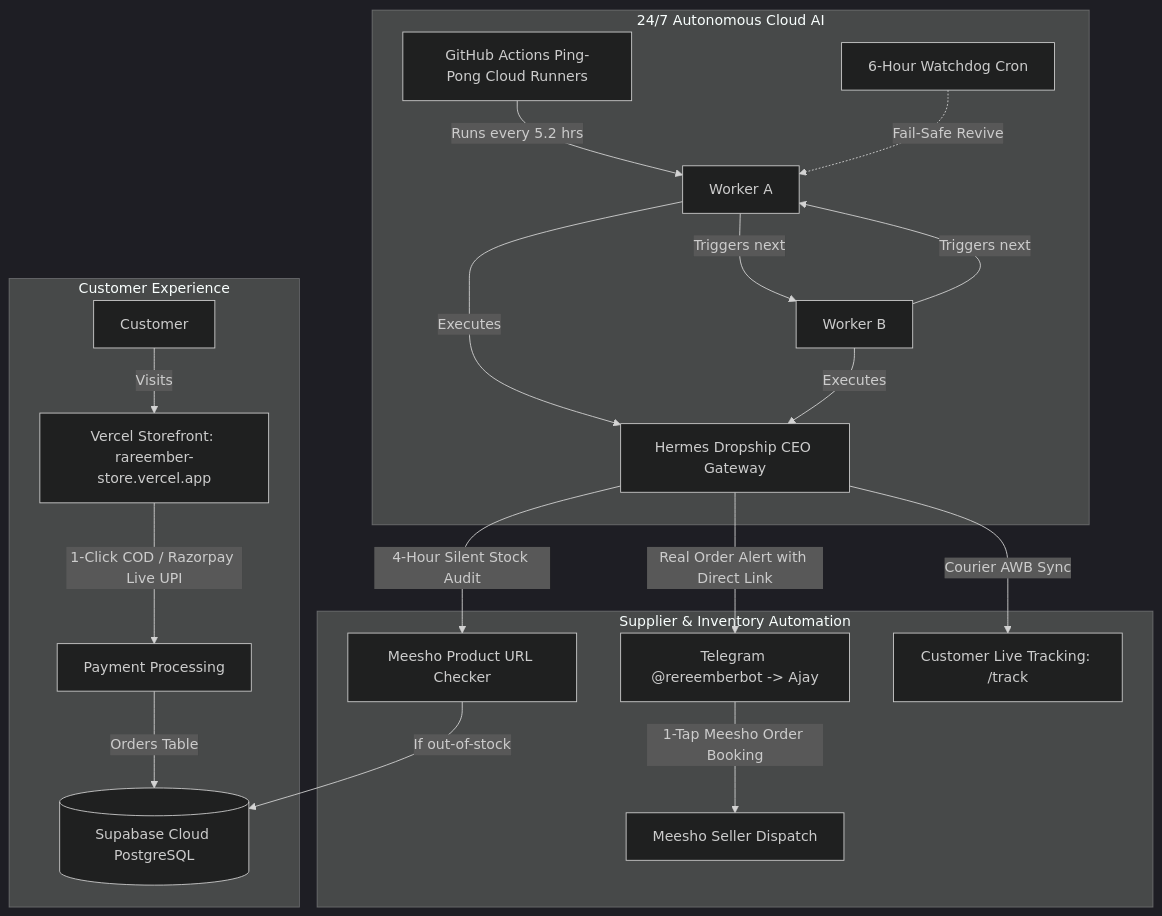
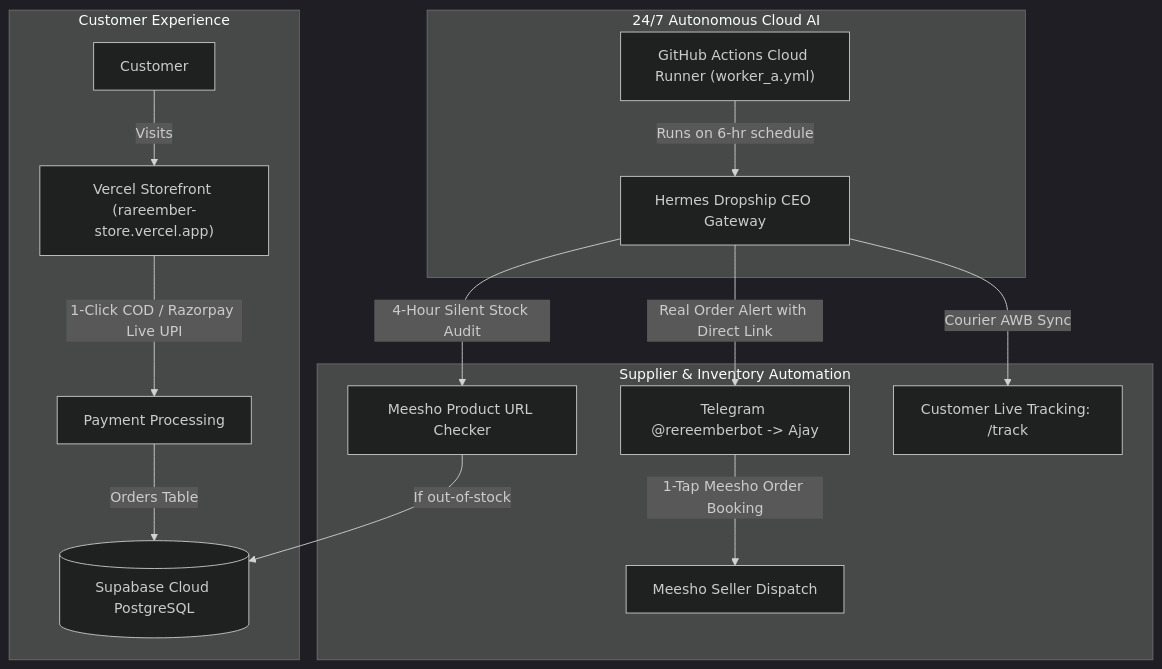
Before and after one commit to nothing12837-lang/hermes-dropship-ceo: the diagram in PROJECT_MASTER_MEMORY.md, drawn with Mermaid (dark theme). The commit also changed other lines of this file, not shown here.

````diff
--- a/PROJECT_MASTER_MEMORY.md
+++ b/PROJECT_MASTER_MEMORY.md
@@ -30,25 +31,21 @@
 ```mermaid
 flowchart TD
     subgraph Customer Experience
-        C[Customer] -->|Visits| WEB[Vercel Storefront: rareember-store.vercel.app]
+        C[Customer] -->|Visits| WEB["Vercel Storefront (rareember-store.vercel.app)"]
         WEB -->|1-Click COD / Razorpay Live UPI| PAY[Payment Processing]
         PAY -->|Orders Table| DB[(Supabase Cloud PostgreSQL)]
     end
 
     subgraph 24/7 Autonomous Cloud AI
-        GH[GitHub Actions Ping-Pong Cloud Runners]
-        GH -->|Runs every 5.2 hrs| W1[Worker A]
-        W1 -->|Triggers next| W2[Worker B]
-        W2 -->|Triggers next| W1
-        CRON[6-Hour Watchdog Cron] -.->|Fail-Safe Revive| W1
-        W1 & W2 -->|Executes| BOT[Hermes Dropship CEO Gateway]
+        GH["GitHub Actions Cloud Runner (worker_a.yml)"]
+        GH -->|Runs on 6-hr schedule| BOT[Hermes Dropship CEO Gateway]
     end
 
     subgraph Supplier & Inventory Automation
         BOT -->|4-Hour Silent Stock Audit| MEE[Meesho Product URL Checker]
         MEE -->|If out-of-stock| DB
-        BOT -->|Real Order Alert with Direct Link| TG[Telegram @rereemberbot -> Ajay]
+        BOT -->|Real Order Alert with Direct Link| TG["Telegram @rereemberbot -> Ajay"]
         TG -->|1-Tap Meesho Order Booking| MAPP[Meesho Seller Dispatch]
-        BOT -->|Courier AWB Sync| TRK[Customer Live Tracking: /track]
+        BOT -->|Courier AWB Sync| TRK["Customer Live Tracking: /track"]
     end
 ```
````
